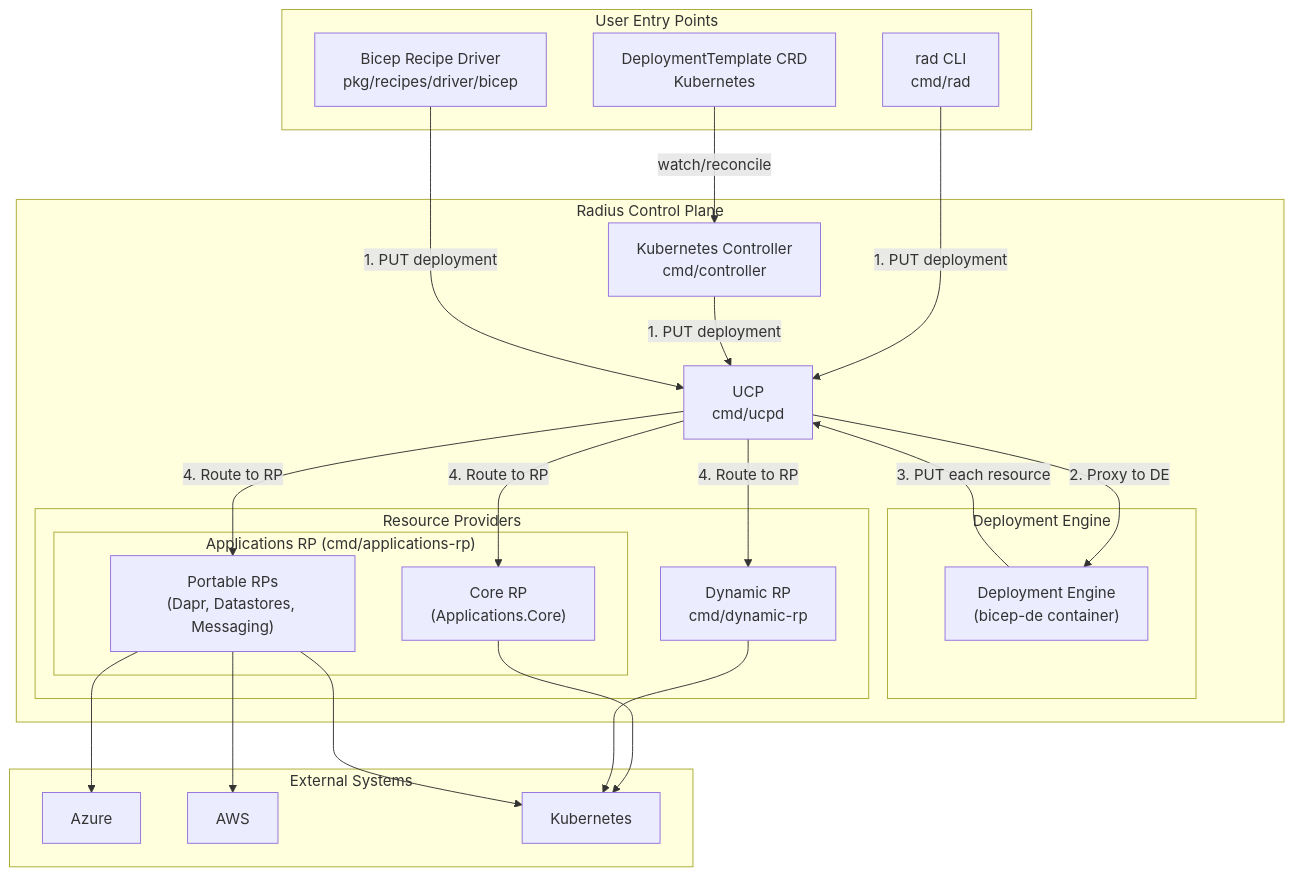
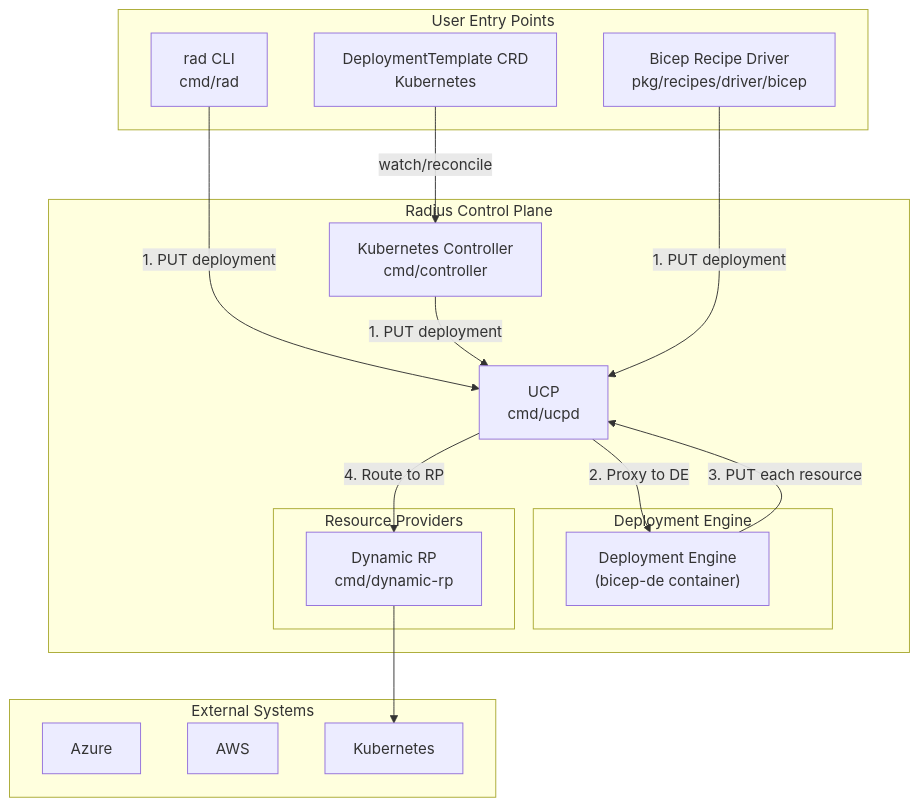
Before and after one commit to radius-project/radius: the first of 8 diagrams in docs/architecture/deployment-engine.md, drawn with Mermaid. The commit also changed other lines of this file and 10 other files, not shown here.

````diff
--- a/docs/architecture/deployment-engine.md
+++ b/docs/architecture/deployment-engine.md
@@ -12,46 +12,36 @@
 ```mermaid
 graph TD
     subgraph "User Entry Points"
         CLI["rad CLI<br/>cmd/rad"]
         K8sCRD["DeploymentTemplate CRD<br/>Kubernetes"]
         RecipeEntry["Bicep Recipe Driver<br/>pkg/recipes/driver/bicep"]
     end
 
     subgraph "Radius Control Plane"
         UCP["UCP<br/>cmd/ucpd"]
         Controller["Kubernetes Controller<br/>cmd/controller"]
 
         subgraph "Deployment Engine"
             DE["Deployment Engine<br/>(bicep-de container)"]
         end
 
         subgraph "Resource Providers"
-            subgraph "Applications RP (cmd/applications-rp)"
-                CoreRP["Core RP<br/>(Applications.Core)"]
-                PortableRP["Portable RPs<br/>(Dapr, Datastores, Messaging)"]
-            end
             DynRP["Dynamic RP<br/>cmd/dynamic-rp"]
         end
     end
 
     subgraph "External Systems"
         Azure["Azure"]
         AWS["AWS"]
         K8s["Kubernetes"]
     end
 
     K8sCRD -->|"watch/reconcile"| Controller
     CLI -->|"1. PUT deployment"| UCP
     Controller -->|"1. PUT deployment"| UCP
     RecipeEntry -->|"1. PUT deployment"| UCP
     UCP -->|"2. Proxy to DE"| DE
     DE -->|"3. PUT each resource"| UCP
-    UCP -->|"4. Route to RP"| CoreRP
     UCP -->|"4. Route to RP"| DynRP
-    UCP -->|"4. Route to RP"| PortableRP
-    CoreRP --> K8s
     DynRP --> K8s
-    PortableRP --> Azure
-    PortableRP --> AWS
-    PortableRP --> K8s
 ```
````
